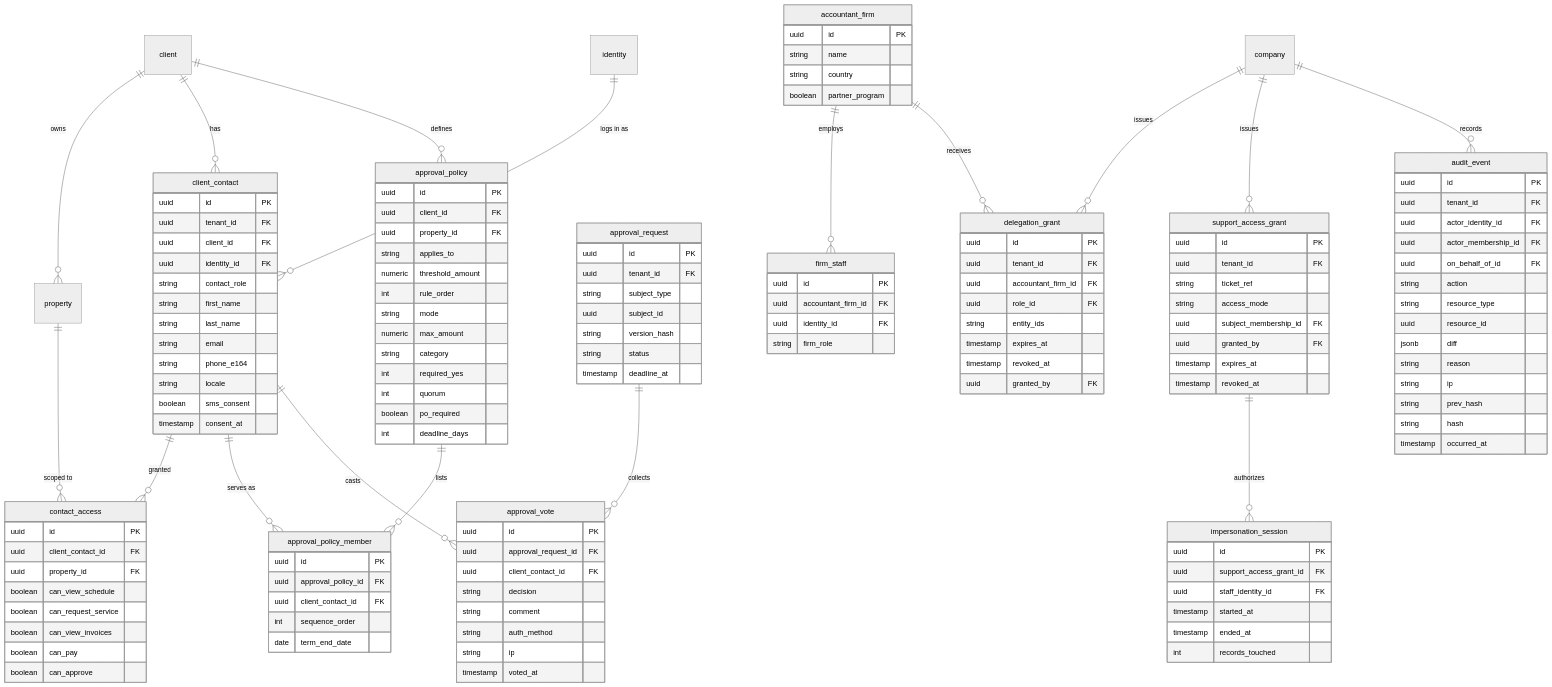
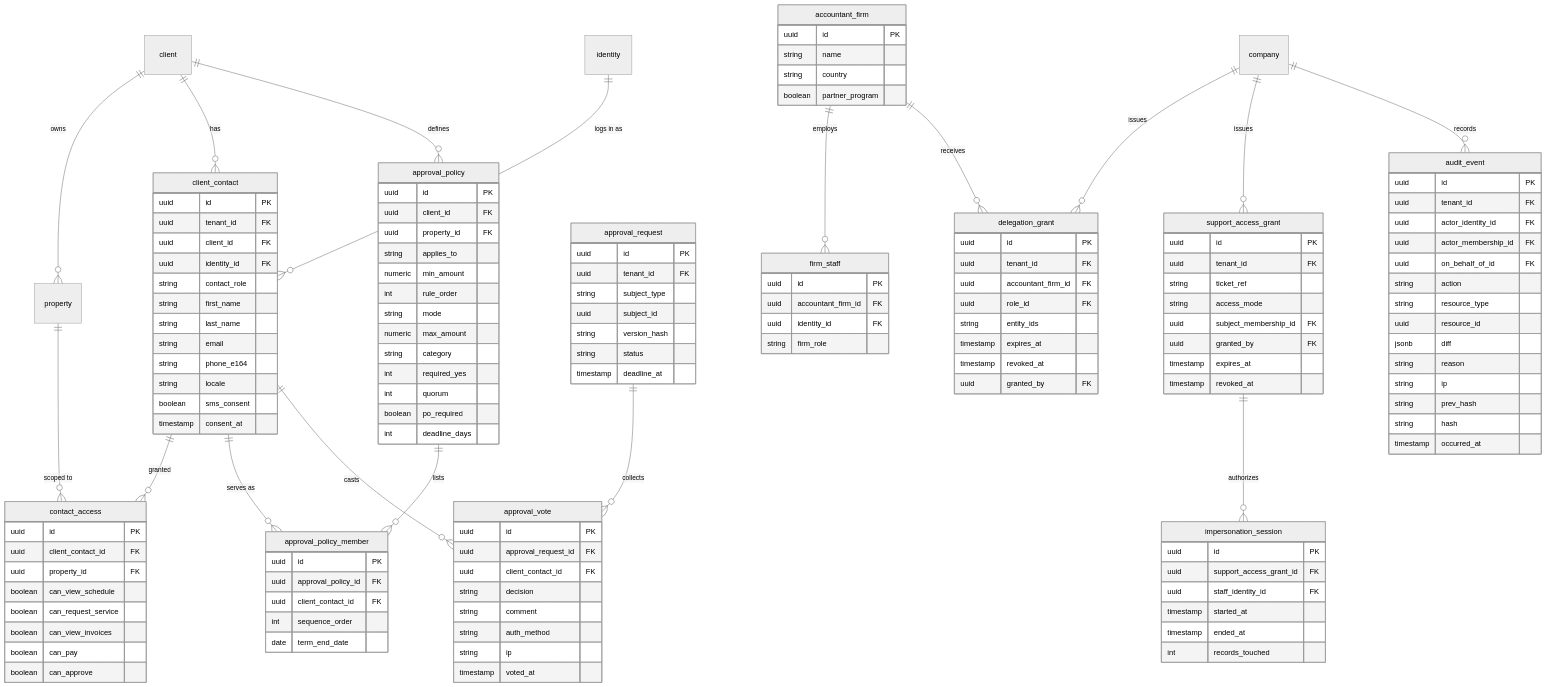
Before and after one commit to jdinard/landscape: diagram 21 of 21 in docs/02-personas-roles-permissions.md, drawn with Mermaid (neutral theme). The commit also changed other lines of this file and 14 other files, not shown here.

First line of the commit message:
WIP: platform admin portal (19) and architecture (20) docs reviewed

```diff
--- a/docs/02-personas-roles-permissions.md
+++ b/docs/02-personas-roles-permissions.md
@@ -1867,7 +1940,7 @@
         uuid client_id FK
         uuid property_id FK
         string applies_to
-        numeric threshold_amount
+        numeric min_amount
         int rule_order
         string mode
         numeric max_amount
```
